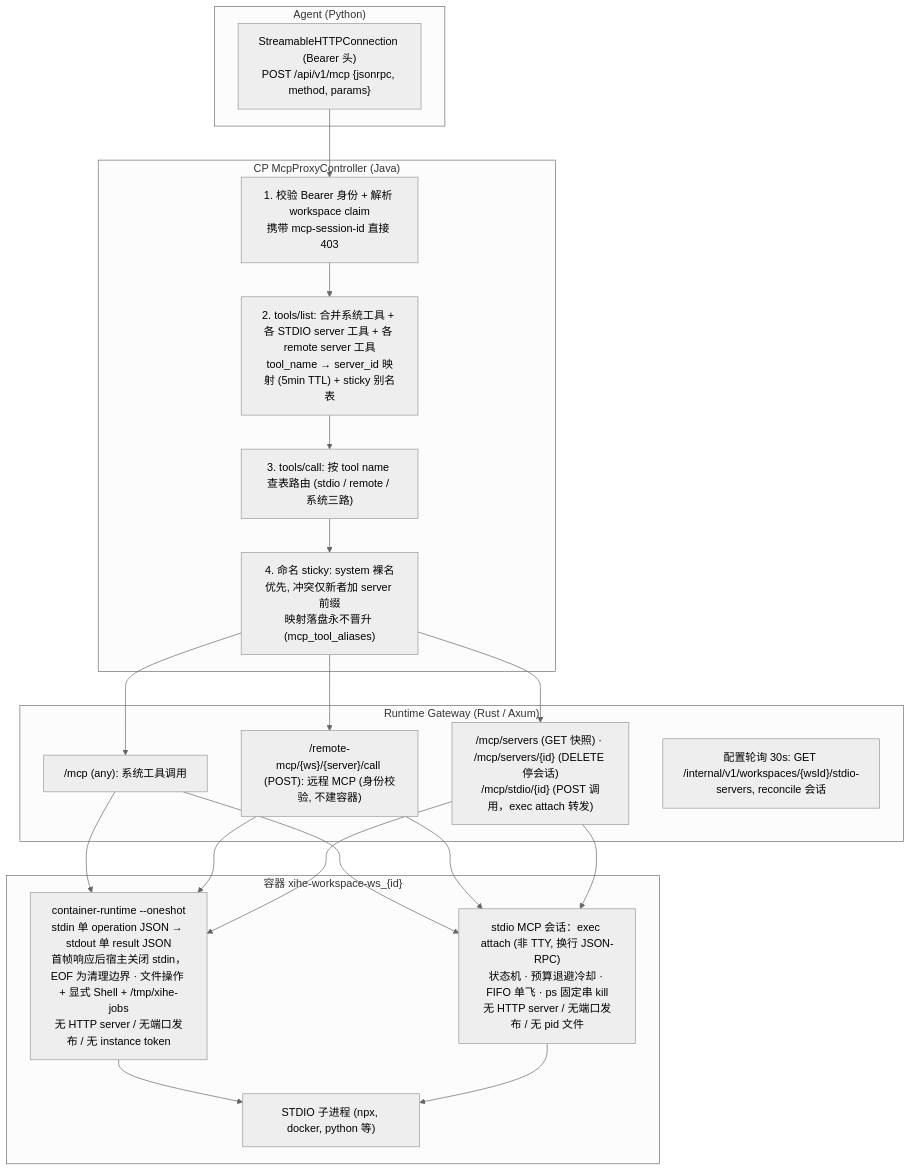
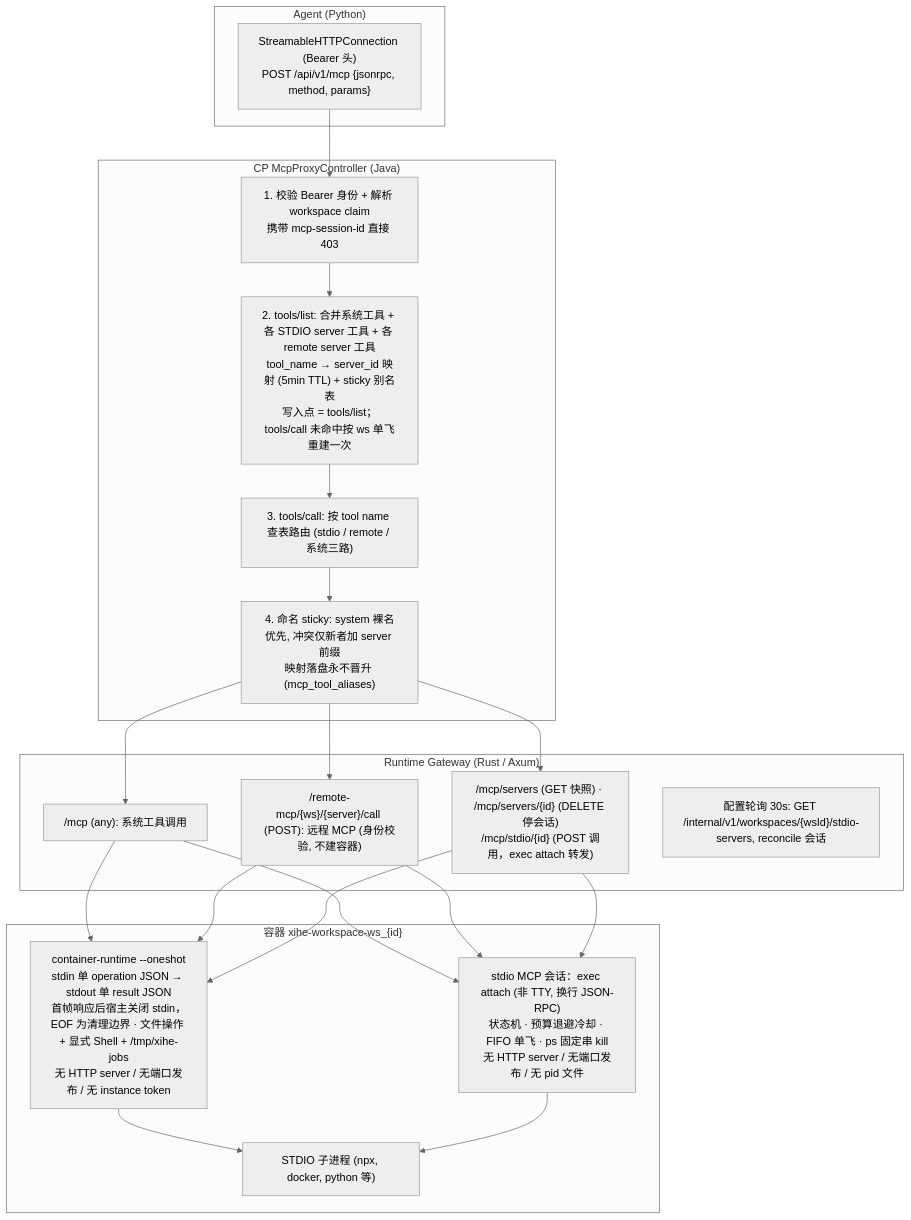
One commit to cc01cc/xihe-project changed the first of 3 diagrams in docs/i18n/zh-Hans/DEV-016-mcp-architecture.md. Above: the diagram before and after it, drawn with Mermaid. The commit also changed other lines of this file and 6 other files, not shown here.

First line of the commit message:
feat(mcp): tools/call 未命中按 workspace 单飞重建工具映射（PLAN-0583 M1）

````diff
--- a/docs/i18n/zh-Hans/DEV-016-mcp-architecture.md
+++ b/docs/i18n/zh-Hans/DEV-016-mcp-architecture.md
@@ -36,25 +36,25 @@
 ```mermaid
 %%{init: {'theme': 'neutral'}}%%
 flowchart TD
     subgraph AG["Agent (Python)"]
         A1["StreamableHTTPConnection (Bearer 头)<br/>POST /api/v1/mcp {jsonrpc, method, params}"]
     end
     subgraph CP["CP McpProxyController (Java)"]
         C1["1. 校验 Bearer 身份 + 解析 workspace claim<br/>携带 mcp-session-id 直接 403"]
-        C2["2. tools/list: 合并系统工具 + 各 STDIO server 工具 + 各 remote server 工具<br/>tool_name → server_id 映射 (5min TTL) + sticky 别名表"]
+        C2["2. tools/list: 合并系统工具 + 各 STDIO server 工具 + 各 remote server 工具<br/>tool_name → server_id 映射 (5min TTL) + sticky 别名表<br/>写入点 = tools/list；tools/call 未命中按 ws 单飞重建一次"]
         C3["3. tools/call: 按 tool name 查表路由 (stdio / remote / 系统三路)"]
         C4["4. 命名 sticky: system 裸名优先, 冲突仅新者加 server 前缀<br/>映射落盘永不晋升 (mcp_tool_aliases)"]
     end
     subgraph GW["Runtime Gateway (Rust / Axum)"]
         G1["/mcp (any): 系统工具调用"]
         G2["/remote-mcp/{ws}/{server}/call (POST): 远程 MCP (身份校验, 不建容器)"]
         G3["/mcp/servers (GET 快照) · /mcp/servers/{id} (DELETE 停会话)<br/>/mcp/stdio/{id} (POST 调用，exec attach 转发)"]
         G4["配置轮询 30s: GET /internal/v1/workspaces/{wsId}/stdio-servers, reconcile 会话"]
     end
     subgraph SB["容器 xihe-workspace-ws_{id}"]
         S1["container-runtime --oneshot<br/>stdin 单 operation JSON → stdout 单 result JSON<br/>首帧响应后宿主关闭 stdin，EOF 为清理边界 · 文件操作 + 显式 Shell + /tmp/xihe-jobs<br/>无 HTTP server / 无端口发布 / 无 instance token"]
         S2["stdio MCP 会话：exec attach (非 TTY, 换行 JSON-RPC)<br/>状态机 · 预算退避冷却 · FIFO 单飞 · ps 固定串 kill<br/>无 HTTP server / 无端口发布 / 无 pid 文件"]
         S3["STDIO 子进程 (npx, docker, python 等)"]
     end
     A1 --> C1 --> C2 --> C3 --> C4 --> G1 & G2 & G3 --> S1 & S2 --> S3
 ```
````
